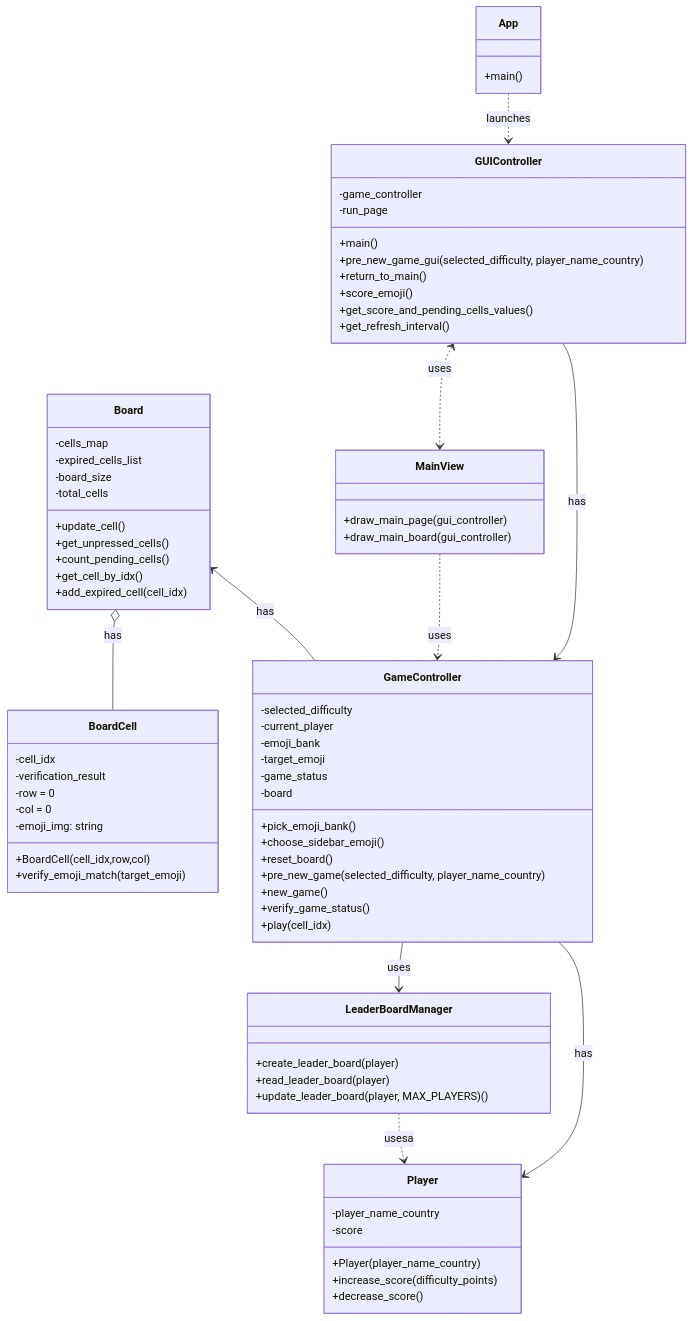
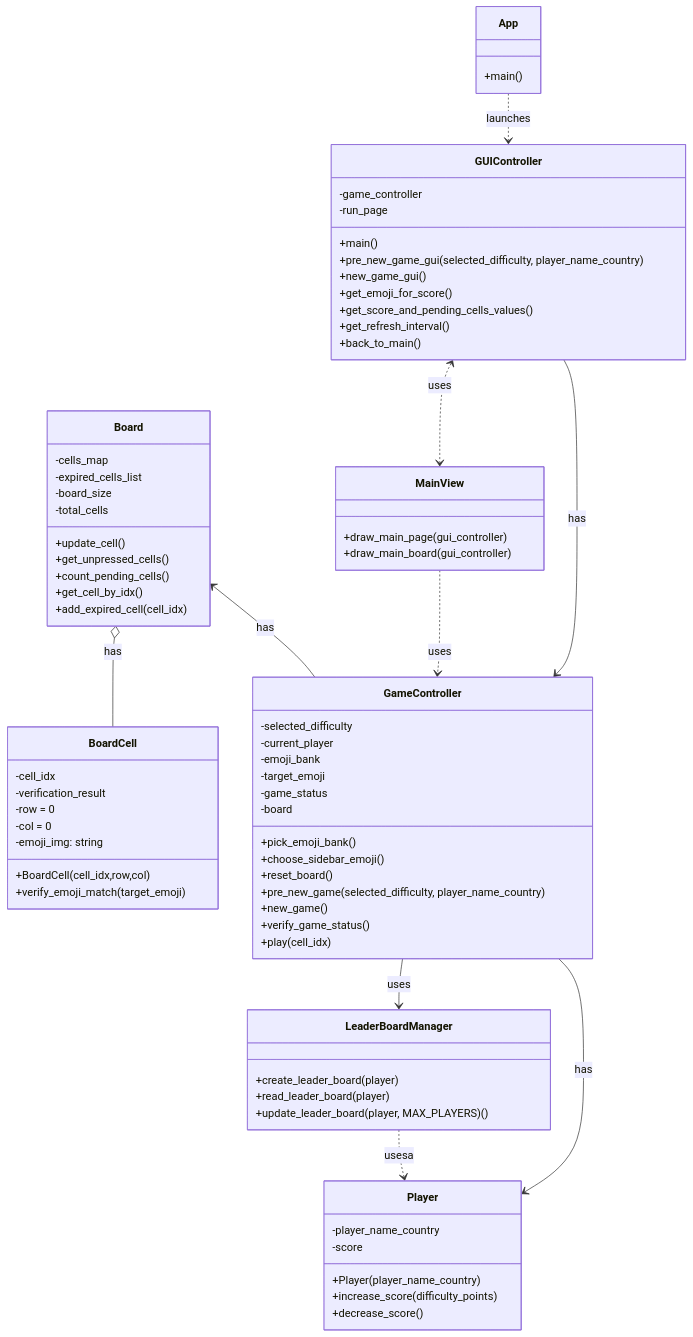
The diagram in README.md (300CIS017-Object-Oriented-Programming/9.-pixmatch_refactor), drawn with Mermaid before and after one commit. The commit also changed 2 other files, not shown here.

Commit message:
MOD: Quita mensajes de prueba de la interfaz gráfica

````diff
--- a/README.md
+++ b/README.md
@@ -31,77 +31,78 @@
 ```mermaid
 classDiagram
     class GameController {
         -selected_difficulty
         -current_player
         -emoji_bank
         -target_emoji
         -game_status
         -board
         +pick_emoji_bank()
         +choose_sidebar_emoji()
         +reset_board()
         +pre_new_game(selected_difficulty, player_name_country)
         +new_game()
         +verify_game_status()
         +play(cell_idx)
     }
     class GUIController {
         -game_controller
         -run_page
         +main()
         +pre_new_game_gui(selected_difficulty, player_name_country)
-        +return_to_main()
-        +score_emoji()
+        +new_game_gui()
+        +get_emoji_for_score()
         +get_score_and_pending_cells_values()
         +get_refresh_interval()
+        +back_to_main()
     }
     class Board {
         -cells_map
         -expired_cells_list
         -board_size
         -total_cells 
         +update_cell()
         +get_unpressed_cells()
         +count_pending_cells()
         +get_cell_by_idx()
         +add_expired_cell(cell_idx)
     }
     class BoardCell {
         -cell_idx
         -verification_result
         -row = 0
         -col = 0
         -emoji_img: string
         +BoardCell(cell_idx,row,col)
         +verify_emoji_match(target_emoji)
     }
     class LeaderBoardManager {
         +create_leader_board(player)
         +read_leader_board(player)
         +update_leader_board(player, MAX_PLAYERS)()
     }
     class Player {
         -player_name_country
         -score
         
         +Player(player_name_country)
         +increase_score(difficulty_points)
         +decrease_score()
     }
     class MainView {
         +draw_main_page(gui_controller)
         +draw_main_board(gui_controller)
     }
     class App {
         +main()
     }
     GUIController --> GameController : has
     Board <-- GameController : has
     Board o-- BoardCell : has
     GameController --> Player : has
     GameController --> LeaderBoardManager : uses
     LeaderBoardManager ..> Player : usesa
     MainView ..> GameController : uses
     GUIController <..> MainView : uses
     App ..> GUIController : launches
 ```
````
